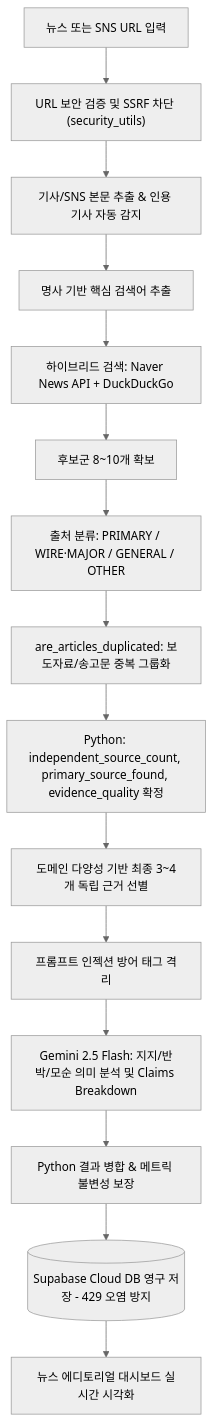
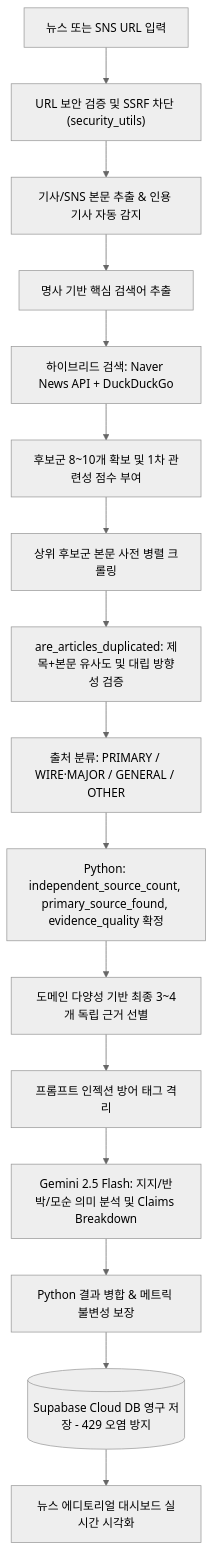
One commit to woosh0901-sys/fakenews changed the diagram in README.md. Above: the diagram before and after it, drawn with Mermaid (neutral theme). The commit also changed other lines of this file, not shown here.

````diff
--- a/README.md
+++ b/README.md
@@ -31,17 +34,18 @@
 ```mermaid
 flowchart TD
     A["뉴스 또는 SNS URL 입력"] --> B["URL 보안 검증 및 SSRF 차단 (security_utils)"]
     B --> C["기사/SNS 본문 추출 & 인용 기사 자동 감지"]
     C --> D["명사 기반 핵심 검색어 추출"]
     D --> E["하이브리드 검색: Naver News API + DuckDuckGo"]
-    E --> F["후보군 8~10개 확보"]
-    F --> G["출처 분류: PRIMARY / WIRE·MAJOR / GENERAL / OTHER"]
-    G --> H["are_articles_duplicated: 보도자료/송고문 중복 그룹화"]
-    H --> I["Python: independent_source_count, primary_source_found, evidence_quality 확정"]
-    I --> J["도메인 다양성 기반 최종 3~4개 독립 근거 선별"]
-    J --> K["프롬프트 인젝션 방어 태그 격리"]
-    K --> L["Gemini 2.5 Flash: 지지/반박/모순 의미 분석 및 Claims Breakdown"]
-    L --> M["Python 결과 병합 & 메트릭 불변성 보장"]
-    M --> N[("Supabase Cloud DB 영구 저장 - 429 오염 방지")]
-    N --> O["뉴스 에디토리얼 대시보드 실시간 시각화"]
+    E --> F["후보군 8~10개 확보 및 1차 관련성 점수 부여"]
+    F --> G["상위 후보군 본문 사전 병렬 크롤링"]
+    G --> H["are_articles_duplicated: 제목+본문 유사도 및 대립 방향성 검증"]
+    H --> I["출처 분류: PRIMARY / WIRE·MAJOR / GENERAL / OTHER"]
+    I --> J["Python: independent_source_count, primary_source_found, evidence_quality 확정"]
+    J --> K["도메인 다양성 기반 최종 3~4개 독립 근거 선별"]
+    K --> L["프롬프트 인젝션 방어 태그 격리"]
+    L --> M["Gemini 2.5 Flash: 지지/반박/모순 의미 분석 및 Claims Breakdown"]
+    M --> N["Python 결과 병합 & 메트릭 불변성 보장"]
+    N --> O[("Supabase Cloud DB 영구 저장 - 429 오염 방지")]
+    O --> P["뉴스 에디토리얼 대시보드 실시간 시각화"]
 ```
````
